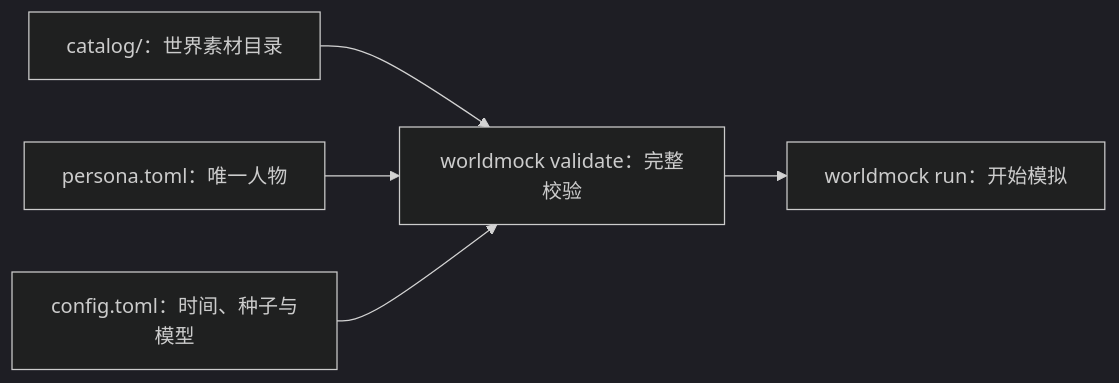
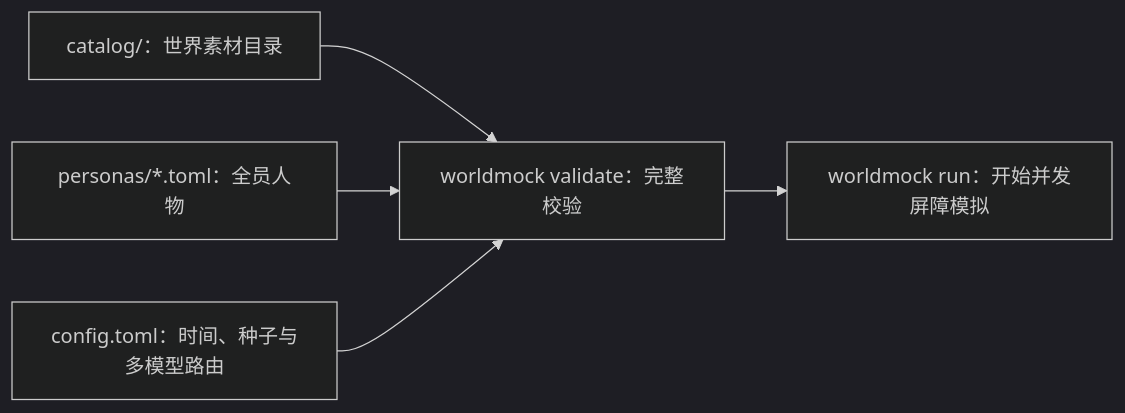
Before and after one commit to HoldThatThgt/WorldMock: the first of 7 diagrams in docs/manual/resources.md, drawn with Mermaid (dark theme). The commit also changed other lines of this file and 19 other files, not shown here.

````diff
--- a/docs/manual/resources.md
+++ b/docs/manual/resources.md
@@ -6,7 +6,7 @@
 ```mermaid
 flowchart LR
     Catalog["catalog/：世界素材目录"] --> Validate["worldmock validate：完整校验"]
-    Persona["persona.toml：唯一人物"] --> Validate
-    Config["config.toml：时间、种子与模型"] --> Validate
-    Validate --> Run["worldmock run：开始模拟"]
+    Personas["personas/*.toml：全员人物"] --> Validate
+    Config["config.toml：时间、种子与多模型路由"] --> Validate
+    Validate --> Run["worldmock run：开始并发屏障模拟"]
 ```
````
